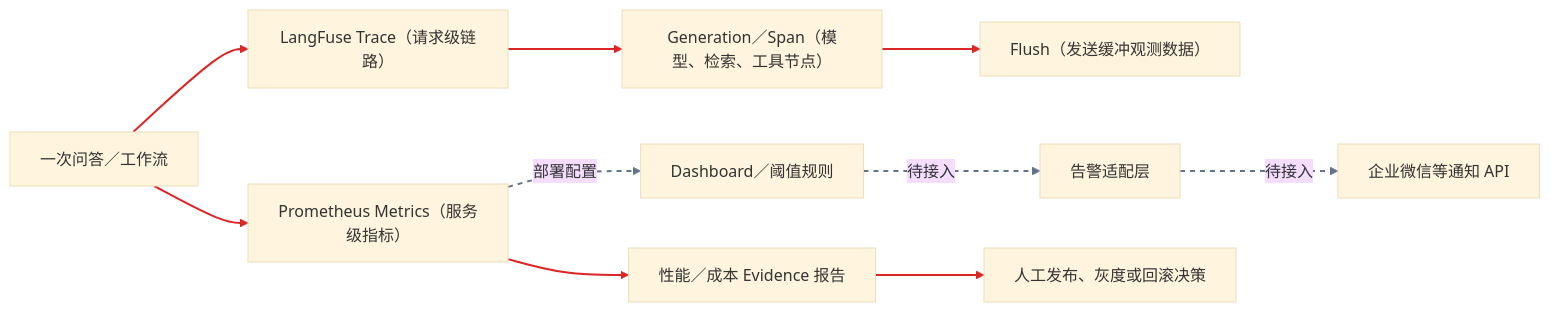
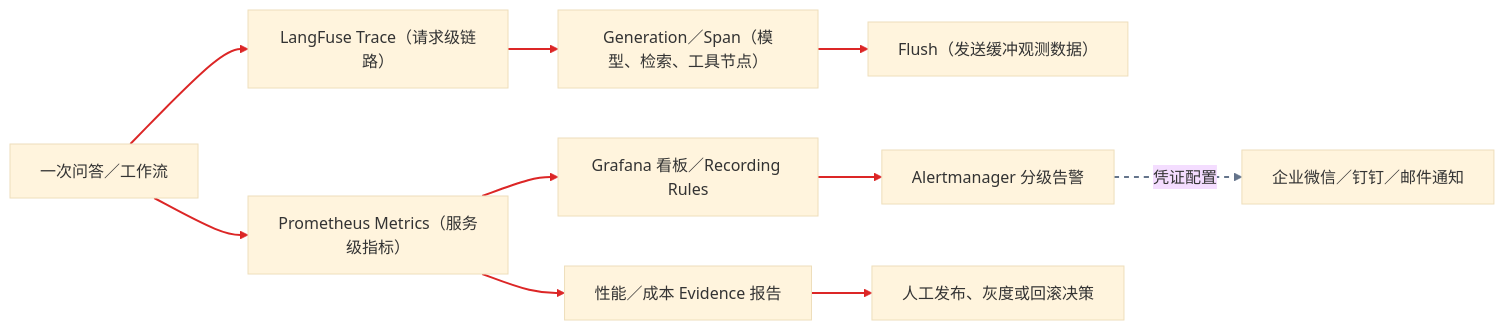
One commit to monstereatai/RAG changed diagram 24 of 29 in docs/interview/功能步骤流程.md. Above: the diagram before and after it, drawn with Mermaid (base theme). The commit also changed other lines of this file and 10 other files, not shown here.

````diff
--- a/docs/interview/功能步骤流程.md
+++ b/docs/interview/功能步骤流程.md
@@ -1060,14 +1066,15 @@
 ```mermaid
 flowchart LR
   A[一次问答／工作流] --> B[LangFuse Trace（请求级链路）]
   B --> C[Generation／Span（模型、检索、工具节点）]
   C --> D[Flush（发送缓冲观测数据）]
   A --> E[Prometheus Metrics（服务级指标）]
-  E -. 部署配置 .-> F[Dashboard／阈值规则]
-  F -. 待接入 .-> G[告警适配层]
-  G -. 待接入 .-> H[企业微信等通知 API]
+  E --> F[Grafana 看板／Recording Rules]
+  F --> G[Alertmanager 分级告警]
+  G -. 凭证配置 .-> H[企业微信／钉钉／邮件通知]
   E --> I[性能／成本 Evidence 报告]
   I --> J[人工发布、灰度或回滚决策]
   linkStyle 0,1,2,3,7,8 stroke:#dc2626,stroke-width:2px
-  linkStyle 4,5,6 stroke:#64748b,stroke-width:2px,stroke-dasharray:5 5
+  linkStyle 4,5 stroke:#dc2626,stroke-width:2px
+  linkStyle 6 stroke:#64748b,stroke-width:2px,stroke-dasharray:5 5
 ```
````
